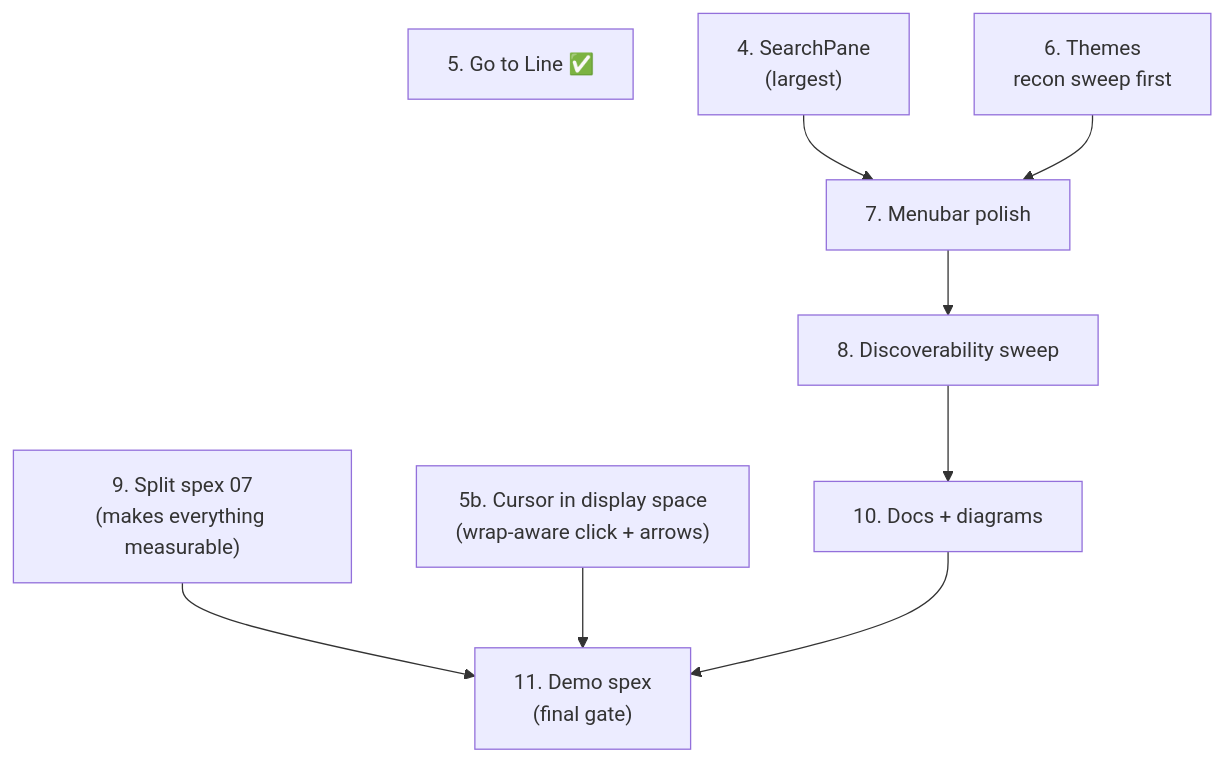
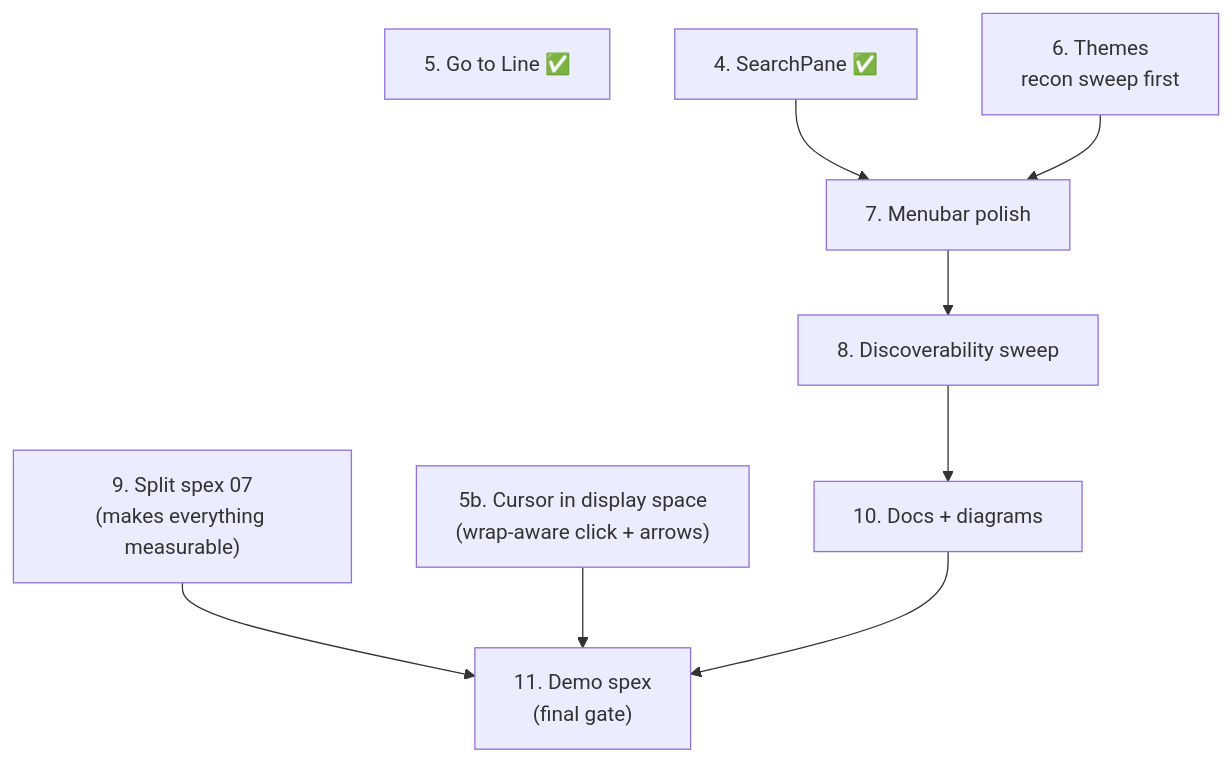
One commit to JediLuke/quillex changed the first of 2 diagrams in docs/ROADMAP_1.0.md. Above: the diagram before and after it, drawn with Mermaid. The commit also changed other lines of this file and 21 other files, not shown here.

````diff
--- a/docs/ROADMAP_1.0.md
+++ b/docs/ROADMAP_1.0.md
@@ -619,11 +605,11 @@
 ```mermaid
 flowchart TB
     S5["5. Go to Line ✅"]
     S9["9. Split spex 07<br/>(makes everything measurable)"] --> S11
-    S4["4. SearchPane<br/>(largest)"] --> S7["7. Menubar polish"]
+    S4["4. SearchPane ✅"] --> S7["7. Menubar polish"]
     S5b["5b. Cursor in display space<br/>(wrap-aware click + arrows)"] --> S11
     S6["6. Themes<br/>recon sweep first"] --> S7
     S7 --> S8["8. Discoverability sweep"]
     S8 --> S10["10. Docs + diagrams"]
     S10 --> S11["11. Demo spex<br/>(final gate)"]
 ```
````
